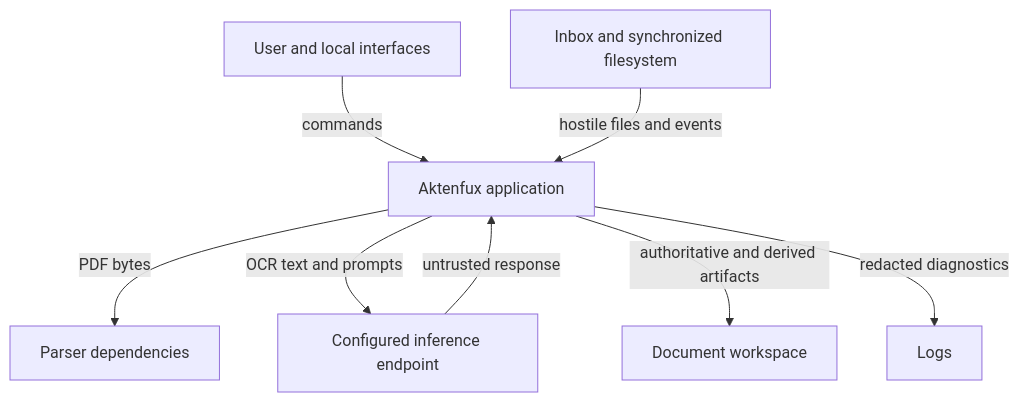
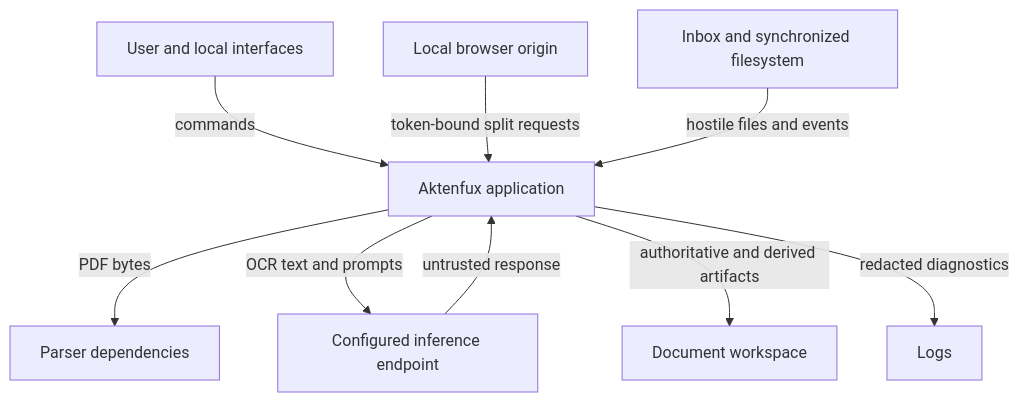
One commit to cgars/aktenfux changed the diagram in docs/threat-model.md. Above: the diagram before and after it, drawn with Mermaid. The commit also changed other lines of this file and 14 other files, not shown here.

````diff
--- a/docs/threat-model.md
+++ b/docs/threat-model.md
@@ -108,10 +109,11 @@
 ```mermaid
 flowchart TD
     U["User and local interfaces"] -->|"commands"| A["Aktenfux application"]
+    B["Local browser origin"] -->|"token-bound split requests"| A
     F["Inbox and synchronized filesystem"] -->|"hostile files and events"| A
     A -->|"PDF bytes"| P["Parser dependencies"]
     A -->|"OCR text and prompts"| M["Configured inference endpoint"]
     M -->|"untrusted response"| A
     A -->|"authoritative and derived artifacts"| W["Document workspace"]
     A -->|"redacted diagnostics"| L["Logs"]
 ```
````
